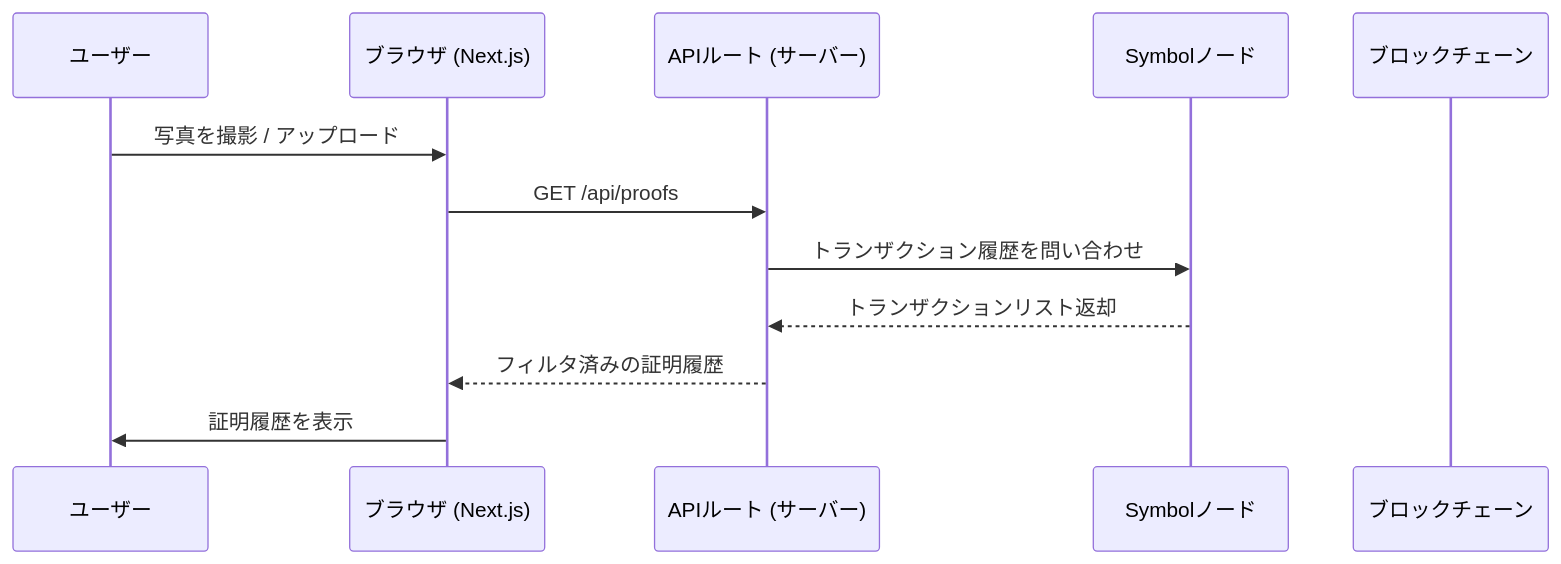
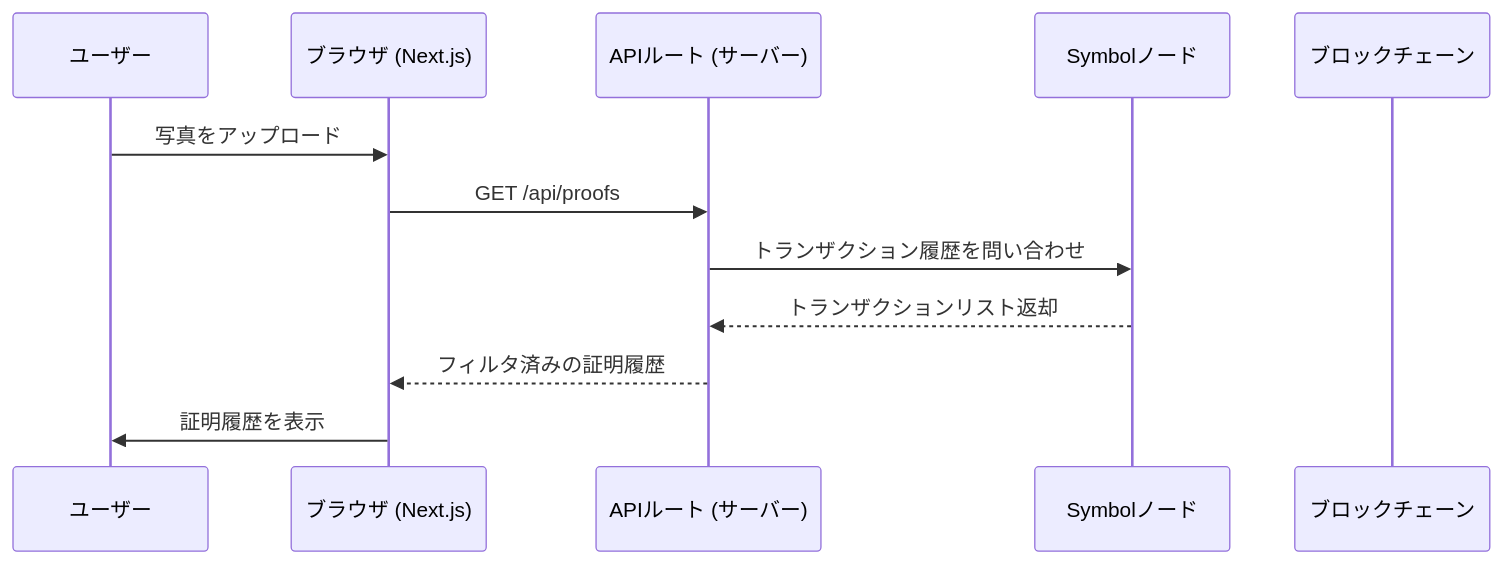
Before and after one commit to NarumiKomaba/blockchain-hige: the second of 2 diagrams in README.md, drawn with Mermaid. The commit also changed other lines of this file, not shown here.

Commit message:
シーケンス図更新

````diff
--- a/README.md
+++ b/README.md
@@ -43,15 +44,15 @@
 ```mermaid
 sequenceDiagram
     participant User as ユーザー
     participant App as ブラウザ (Next.js)
     participant API as APIルート (サーバー)
     participant Node as Symbolノード
     participant Chain as ブロックチェーン
 
-    User->>App: 写真を撮影 / アップロード
+    User->>App: 写真をアップロード
     App->>API: GET /api/proofs
     API->>Node: トランザクション履歴を問い合わせ
     Node-->>API: トランザクションリスト返却
     API-->>App: フィルタ済みの証明履歴
     App->>User: 証明履歴を表示
 ```
````
